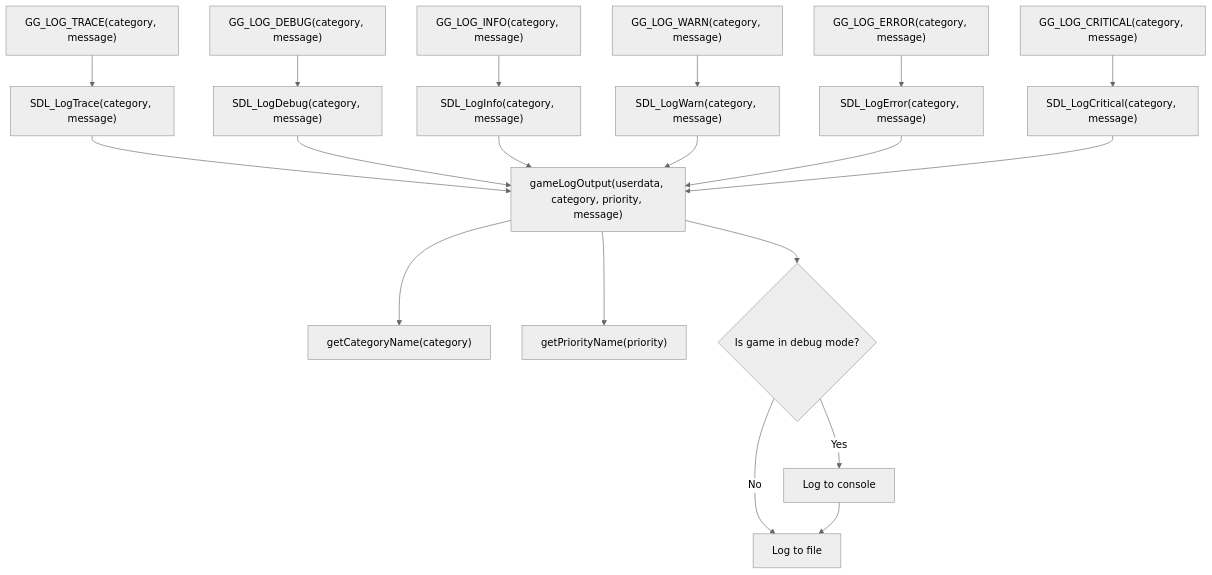
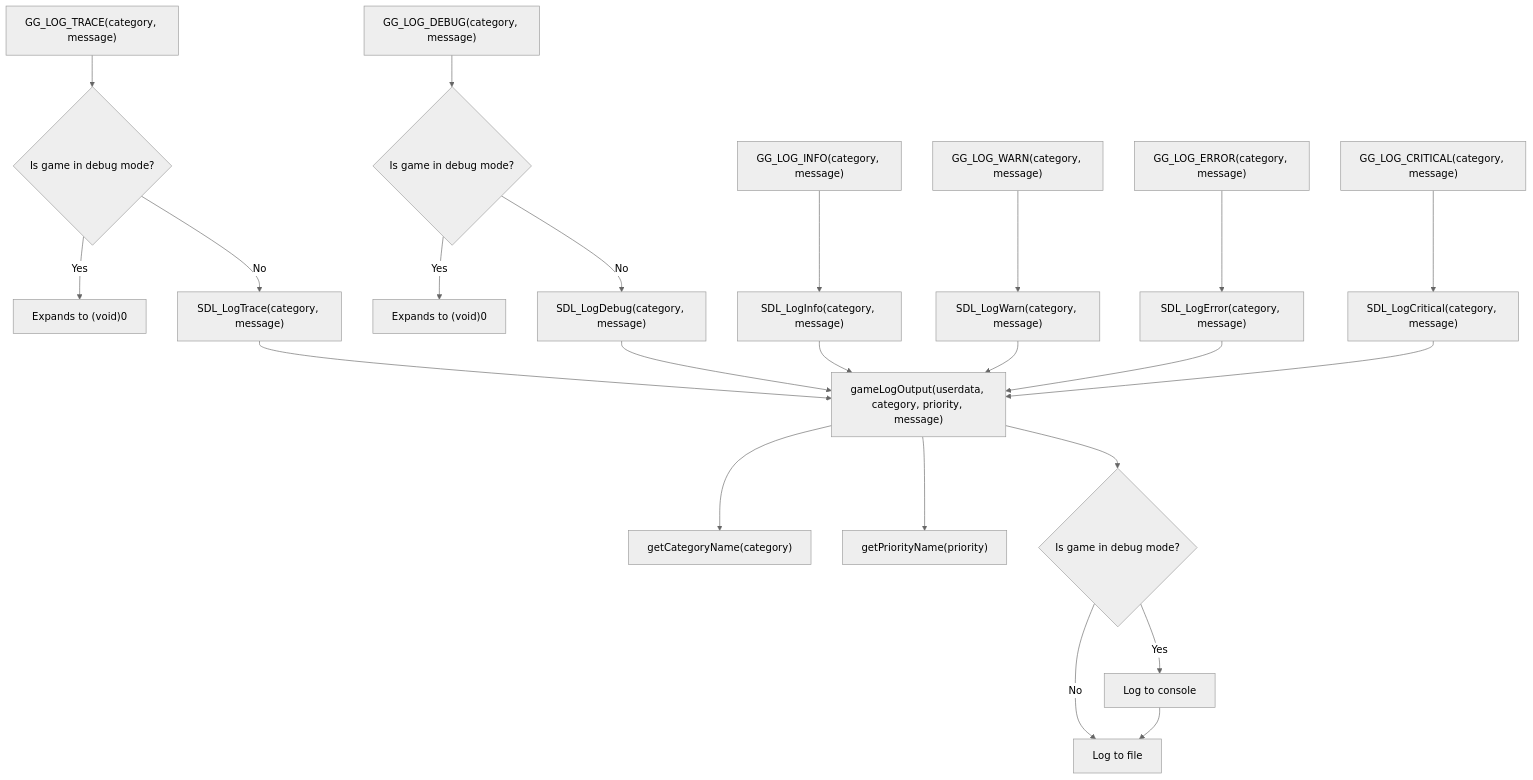
Before and after one commit to Janus9/GLUT-Gladiator: the diagram in documentation/logging/loggerSDL.md, drawn with Mermaid (neutral theme).

Commit message:
Fixed the documentation to properly show release modes removing certain log functions from compilation

````diff
--- a/documentation/logging/loggerSDL.md
+++ b/documentation/logging/loggerSDL.md
@@ -1,35 +1,43 @@
 ``` mermaid
     flowchart TD
         T.0["GG_LOG_TRACE(category, message)"]
         D.0["GG_LOG_DEBUG(category, message)"]
         I.0["GG_LOG_INFO(category, message)"]
         W.0["GG_LOG_WARN(category, message)"]
         E.0["GG_LOG_ERROR(category, message)"]
         C.0["GG_LOG_CRITICAL(category, message)"]
 
-        T.0 --> T.1["SDL_LogTrace(category, message)"]
-        D.0 --> D.1["SDL_LogDebug(category, message)"]
+        T.0 --> T.0.C{"Is game in debug mode?"}
+        T.0.C --> |Yes| T.0.C.T["Expands to (void)0"]
+        T.0.C --> |No| T.1
+
+        D.0 --> D.0.C{"Is game in debug mode?"}
+        D.0.C --> |Yes| D.0.C.T["Expands to (void)0"]
+        D.0.C --> |No| D.1
+
+        T.1["SDL_LogTrace(category, message)"]
+        D.1["SDL_LogDebug(category, message)"]
         I.0 --> I.1["SDL_LogInfo(category, message)"]
         W.0 --> W.1["SDL_LogWarn(category, message)"]
         E.0 --> E.1["SDL_LogError(category, message)"]
         C.0 --> C.1["SDL_LogCritical(category, message)"]
 
         GLO["gameLogOutput(userdata, category, priority, message)"]
 
         T.1 --> GLO
         D.1 --> GLO
         I.1 --> GLO
         W.1 --> GLO
         E.1 --> GLO
         C.1 --> GLO
 
         GLO --> GLO.A["getCategoryName(category)"]
         GLO --> GLO.B["getPriorityName(priority)"]
 
         GLO --> GLO.C{"Is game in debug mode?"}
 
         GLO.C --> |Yes| GLO.C.T["Log to console"]
         GLO.C --> |No| GLO.D["Log to file"]
 
         GLO.C.T --> GLO.D
 ```
````
